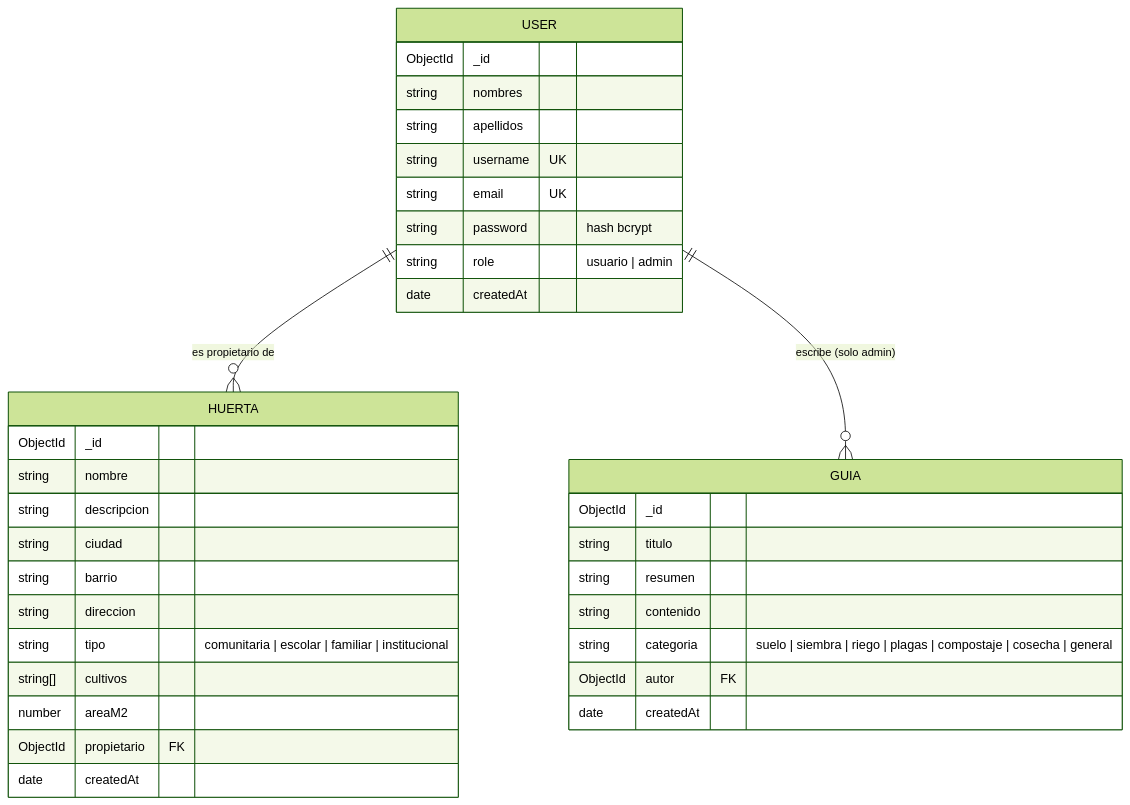
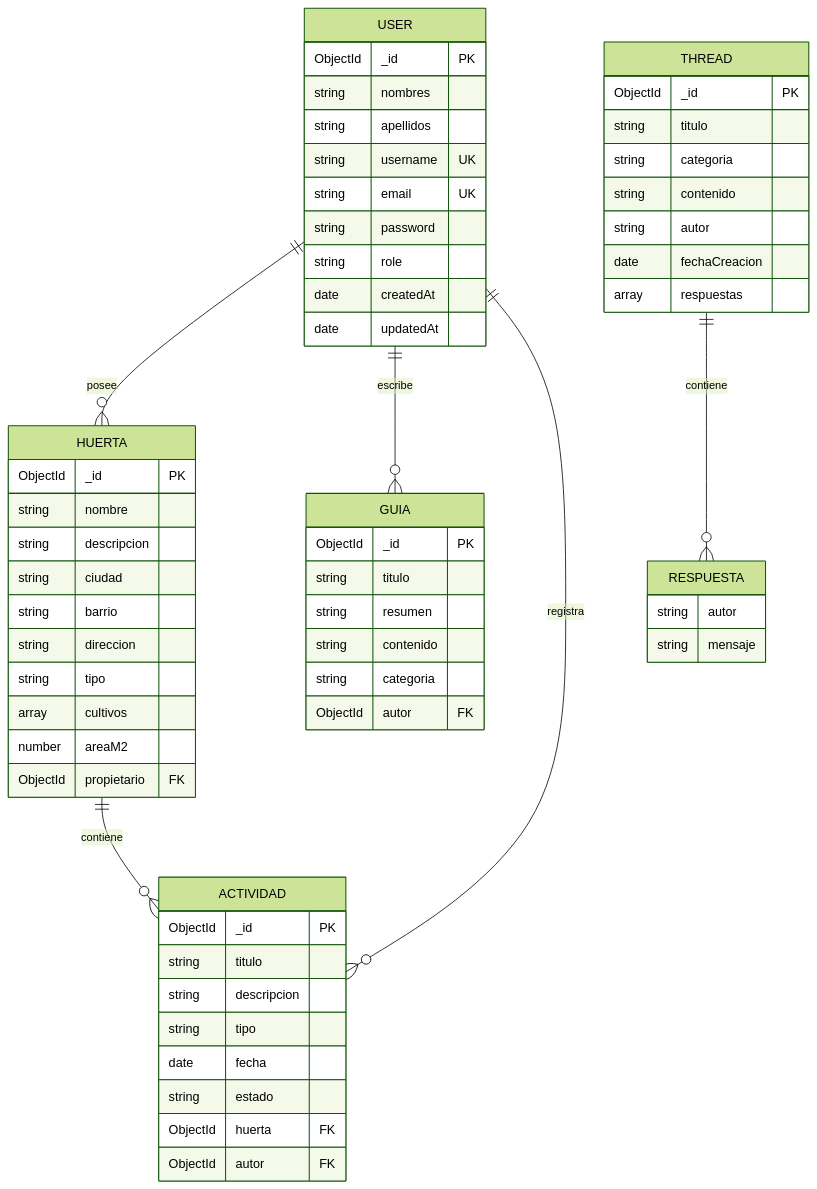
One commit to Andres8760/Plataforma-de-Huertas-Urbanas.github.io changed the diagram in docs/modelo-general.md. Above: the diagram before and after it, drawn with Mermaid (forest theme). The commit also changed other lines of this file and 5 other files, not shown here.

````diff
--- a/docs/modelo-general.md
+++ b/docs/modelo-general.md
@@ -5,38 +5,68 @@
 ```mermaid
 erDiagram
-    USER ||--o{ HUERTA : "es propietario de"
-    USER ||--o{ GUIA : "escribe (solo admin)"
+    USER ||--o{ HUERTA : posee
+    USER ||--o{ GUIA : escribe
+    USER ||--o{ ACTIVIDAD : registra
+    HUERTA ||--o{ ACTIVIDAD : contiene
+    THREAD ||--o{ RESPUESTA : contiene
 
     USER {
-        ObjectId _id
+        ObjectId _id PK
         string nombres
         string apellidos
         string username UK
         string email UK
-        string password "hash bcrypt"
-        string role "usuario | admin"
+        string password
+        string role
         date createdAt
+        date updatedAt
     }
+
     HUERTA {
-        ObjectId _id
+        ObjectId _id PK
         string nombre
         string descripcion
         string ciudad
         string barrio
         string direccion
-        string tipo "comunitaria | escolar | familiar | institucional"
-        string[] cultivos
+        string tipo
+        array cultivos
         number areaM2
         ObjectId propietario FK
-        date createdAt
     }
+
     GUIA {
-        ObjectId _id
+        ObjectId _id PK
         string titulo
         string resumen
         string contenido
-        string categoria "suelo | siembra | riego | plagas | compostaje | cosecha | general"
+        string categoria
         ObjectId autor FK
-        date createdAt
+    }
+
+    ACTIVIDAD {
+        ObjectId _id PK
+        string titulo
+        string descripcion
+        string tipo
+        date fecha
+        string estado
+        ObjectId huerta FK
+        ObjectId autor FK
+    }
+
+    THREAD {
+        ObjectId _id PK
+        string titulo
+        string categoria
+        string contenido
+        string autor
+        date fechaCreacion
+        array respuestas
+    }
+
+    RESPUESTA {
+        string autor
+        string mensaje
     }
 ```
````
